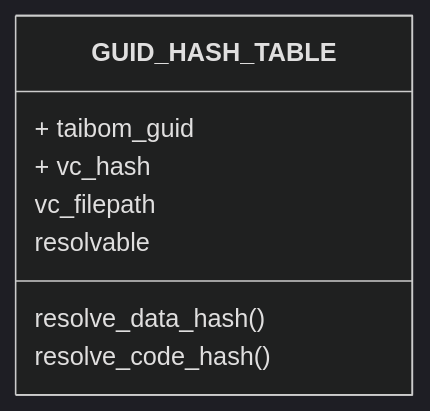
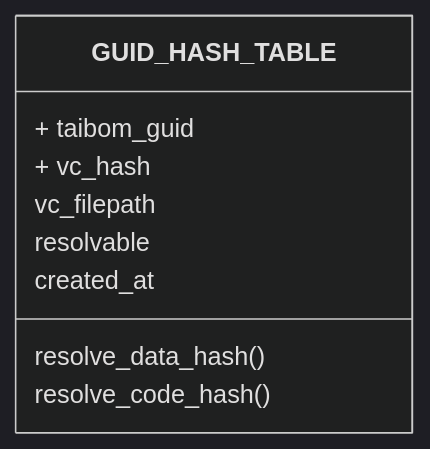
Before and after one commit to nqminds/Trusted-AI-BOM: the first of 2 diagrams in packages/docusaurus/docs/working-docs/40-architecture/65-taibom-sdk-architecture/65-taibom-sdk-architecture.md, drawn with Mermaid (dark theme).

Commit message:
[2025-04-01 13:59:09] Ashley Setter: SDK Architecture [2025-04-01 14:08:56] Tony McCaigue: SDK Architecture [2025-04-01 14:08:56] Tony McCaigue: SDK Architecture

````diff
--- a/packages/docusaurus/docs/working-docs/40-architecture/65-taibom-sdk-architecture/65-taibom-sdk-architecture.md
+++ b/packages/docusaurus/docs/working-docs/40-architecture/65-taibom-sdk-architecture/65-taibom-sdk-architecture.md
@@ -37,11 +37,12 @@
 ```mermaid
 classDiagram
     class GUID_HASH_TABLE{
       + taibom_guid
       + vc_hash
       vc_filepath
       resolvable
+      created_at
       resolve_data_hash()
       resolve_code_hash()
     }
 ```
````
